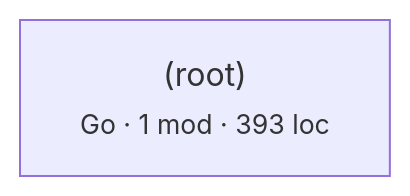
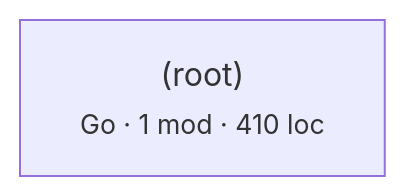
The diagram in ARCHITECTURE.md (fabiocicerchia/offline), drawn with Mermaid before and after one commit. The commit also changed other lines of this file and 1 other file, not shown here.

````diff
--- a/ARCHITECTURE.md
+++ b/ARCHITECTURE.md
@@ -80,4 +69,4 @@
 ```mermaid
 graph LR
-  _root_["(root)<br/><small>Go · 1 mod · 393 loc</small>"]
+  _root_["(root)<br/><small>Go · 1 mod · 410 loc</small>"]
 ```
````
